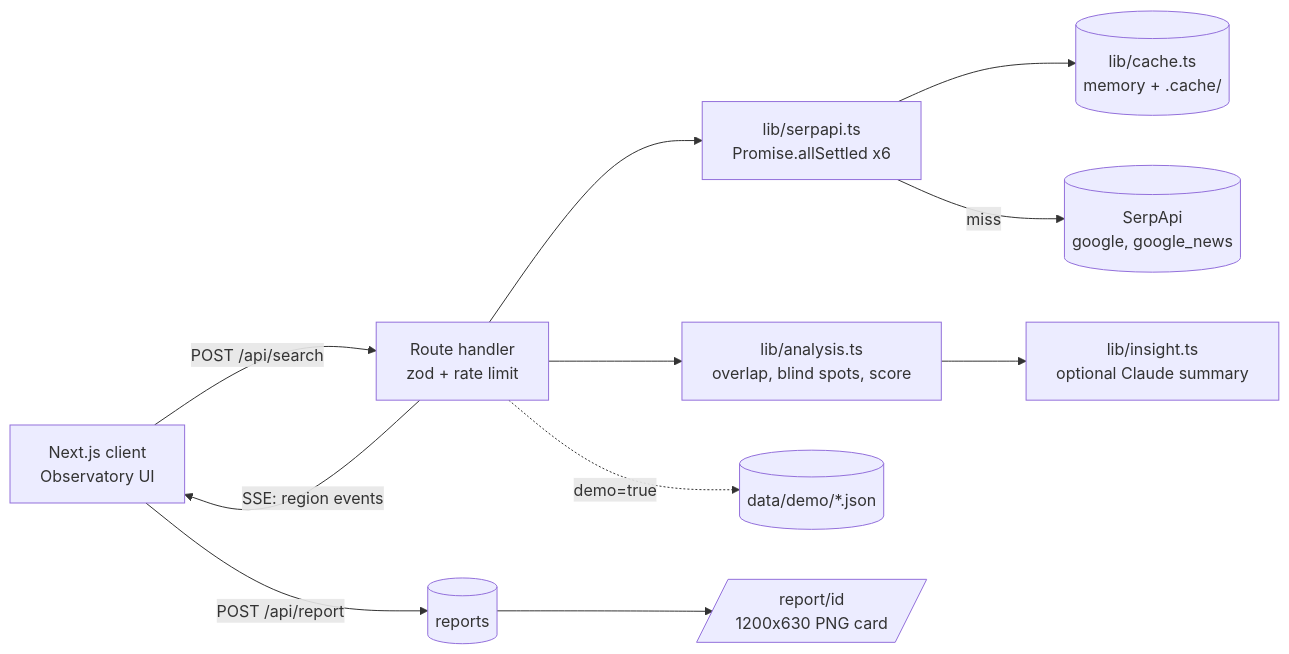
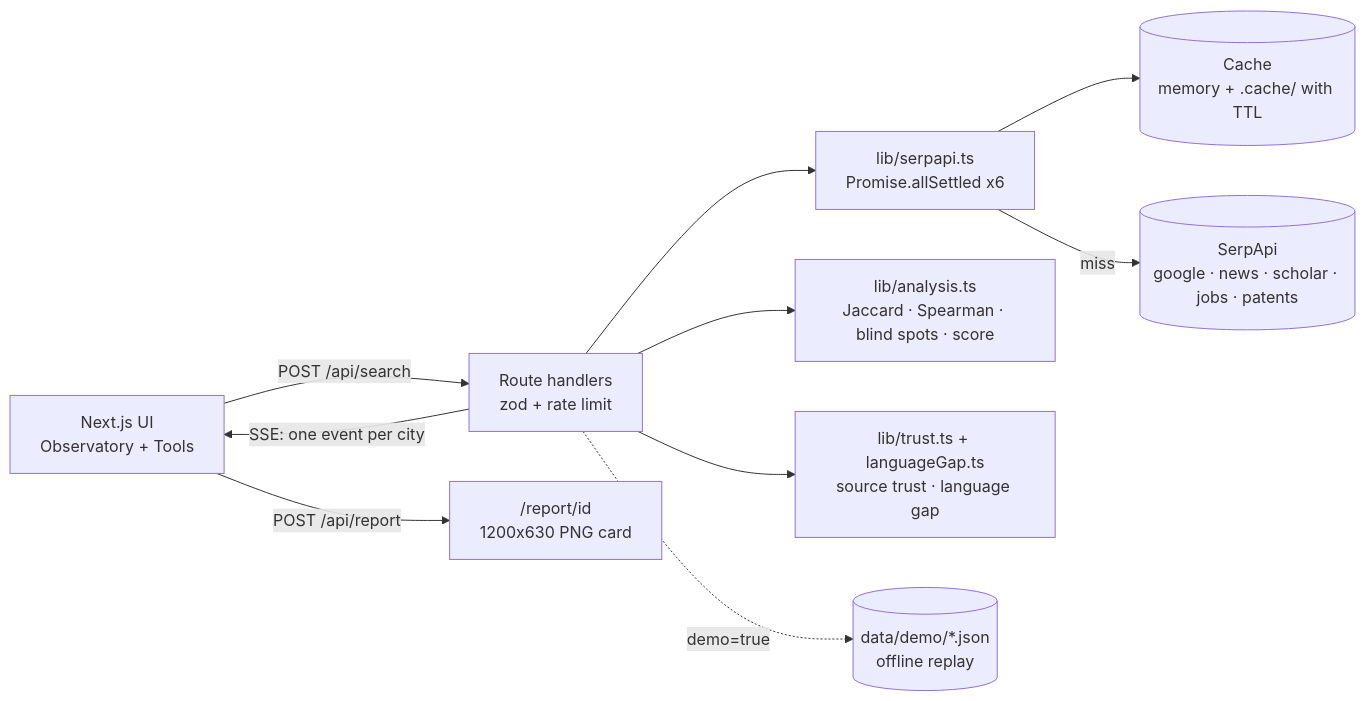
The diagram in README.md (Ayushpund/prism-india), drawn with Mermaid before and after one commit. The commit also changed other lines of this file and 20 other files, not shown here.

````diff
--- a/README.md
+++ b/README.md
@@ -108,12 +263,12 @@
 ```mermaid
 flowchart LR
-  UI[Next.js client<br/>Observatory UI] -- POST /api/search --> R[Route handler<br/>zod + rate limit]
-  R -- SSE: region events --> UI
-  R --> S[lib/serpapi.ts<br/>Promise.allSettled x6]
-  S --> C[(lib/cache.ts<br/>memory + .cache/)]
-  S -- miss --> API[(SerpApi<br/>google, google_news)]
-  R --> A[lib/analysis.ts<br/>overlap, blind spots, score]
-  A --> L[lib/insight.ts<br/>optional Claude summary]
-  R -. demo=true .-> D[(data/demo/*.json)]
-  UI -- POST /api/report --> P[(reports)] --> RP[/report/id<br/>1200x630 PNG card/]
+  UI["Next.js UI<br/>Observatory + Tools"] -- "POST /api/search" --> R["Route handlers<br/>zod + rate limit"]
+  R -- "SSE: one event per city" --> UI
+  R --> S["lib/serpapi.ts<br/>Promise.allSettled x6"]
+  S --> C[("Cache<br/>memory + .cache/ with TTL")]
+  S -- "miss" --> API[("SerpApi<br/>google · news · scholar · jobs · patents")]
+  R --> A["lib/analysis.ts<br/>Jaccard · Spearman · blind spots · score"]
+  R --> T["lib/trust.ts + languageGap.ts<br/>source trust · language gap"]
+  R -. "demo=true" .-> D[("data/demo/*.json<br/>offline replay")]
+  UI -- "POST /api/report" --> P["/report/id<br/>1200x630 PNG card"]
 ```
````
